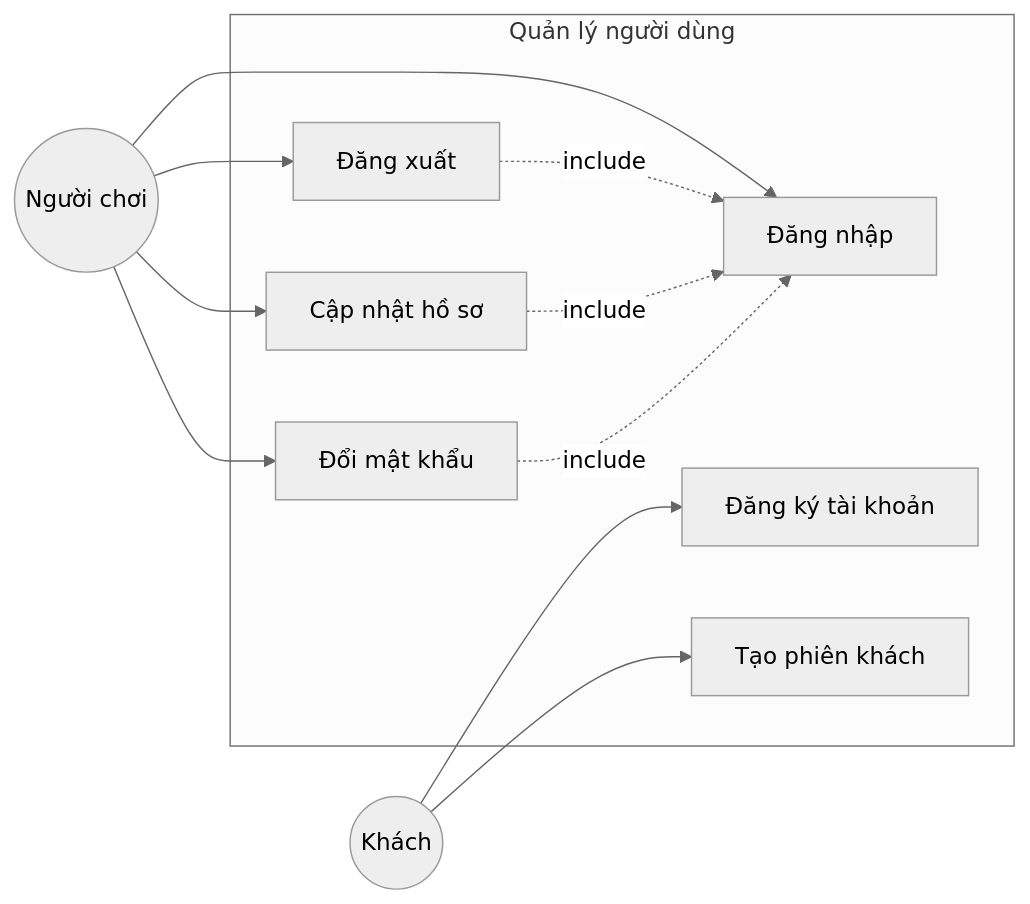
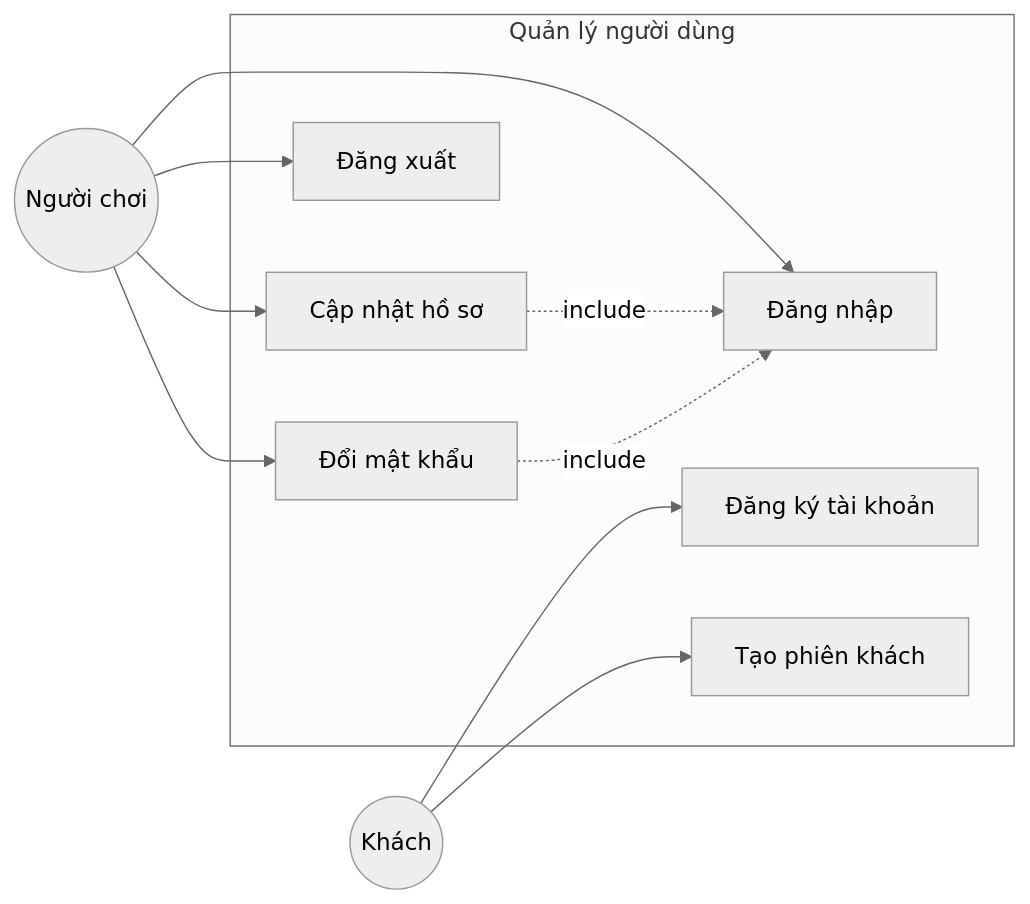
The second of 30 diagrams in docs/3.2-PHAN-TICH-THIET-KE-HE-THONG.md (HuyHoang091/creature-chess), drawn with Mermaid (neutral theme) before and after one commit. The commit also changed other lines of this file and 6 other files, not shown here.

````diff
--- a/docs/3.2-PHAN-TICH-THIET-KE-HE-THONG.md
+++ b/docs/3.2-PHAN-TICH-THIET-KE-HE-THONG.md
@@ -155,25 +155,24 @@
 ```mermaid
 graph LR
     Player((Người chơi))
     Guest((Khách))
 
     subgraph "Quản lý người dùng"
         UC1[Đăng ký tài khoản]
         UC2[Đăng nhập]
         UC3[Đăng xuất]
         UC4[Cập nhật hồ sơ]
         UC5[Đổi mật khẩu]
         UC6[Tạo phiên khách]
     end
 
     Guest --> UC1
     Guest --> UC6
     Player --> UC2
     Player --> UC3
     Player --> UC4
     Player --> UC5
 
     UC4 -.include.-> UC2
     UC5 -.include.-> UC2
-    UC3 -.include.-> UC2
 ```
````
